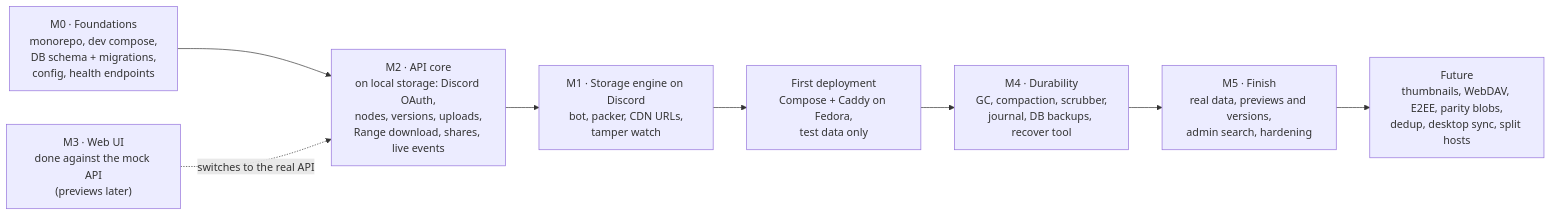
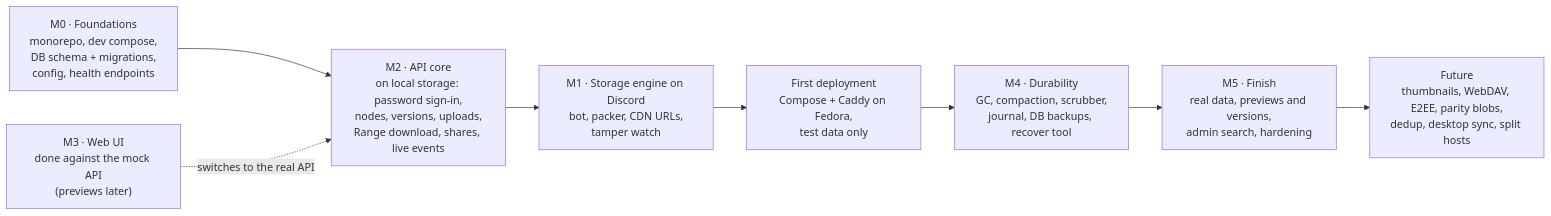
One commit to AlexB8675/DFS changed the tenth of 10 diagrams in docs/DESIGN.md. Above: the diagram before and after it, drawn with Mermaid. The commit also changed other lines of this file and 1 other file, not shown here.

First line of the commit message:
Switch the design to username and password sign-in

````diff
--- a/docs/DESIGN.md
+++ b/docs/DESIGN.md
@@ -899,10 +908,10 @@
 ```mermaid
 flowchart LR
-    M0["M0 · Foundations<br/>monorepo, dev compose,<br/>DB schema + migrations,<br/>config, health endpoints"] --> M2["M2 · API core<br/>on local storage: Discord OAuth,<br/>nodes, versions, uploads,<br/>Range download, shares, live events"]
+    M0["M0 · Foundations<br/>monorepo, dev compose,<br/>DB schema + migrations,<br/>config, health endpoints"] --> M2["M2 · API core<br/>on local storage: password sign-in,<br/>nodes, versions, uploads,<br/>Range download, shares, live events"]
     M3["M3 · Web UI<br/>done against the mock API<br/>(previews later)"] -.->|"switches to the real API"| M2
     M2 --> M1["M1 · Storage engine on Discord<br/>bot, packer, CDN URLs,<br/>tamper watch"]
     M1 --> DEP["First deployment<br/>Compose + Caddy on Fedora,<br/>test data only"]
     DEP --> M4["M4 · Durability<br/>GC, compaction, scrubber,<br/>journal, DB backups, recover tool"]
     M4 --> M5["M5 · Finish<br/>real data, previews and versions,<br/>admin search, hardening"]
     M5 --> F["Future<br/>thumbnails, WebDAV, E2EE, parity blobs,<br/>dedup, desktop sync, split hosts"]
 ```
````
